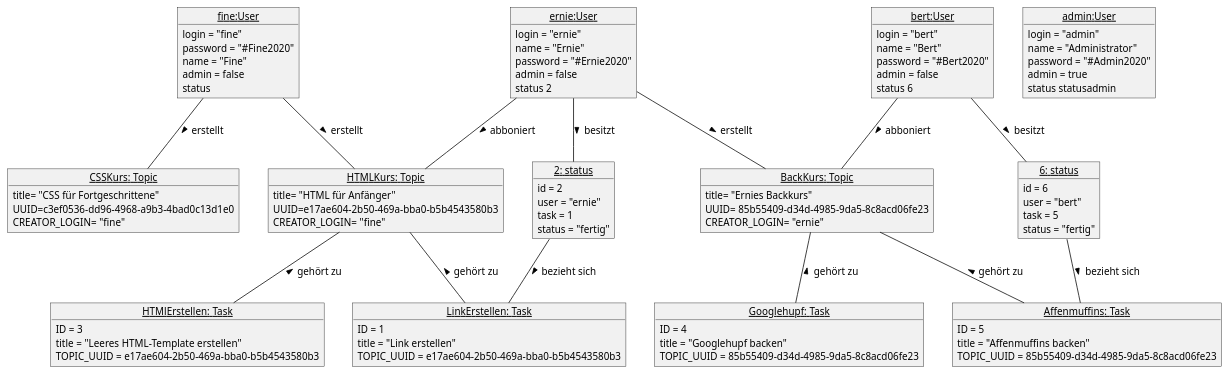
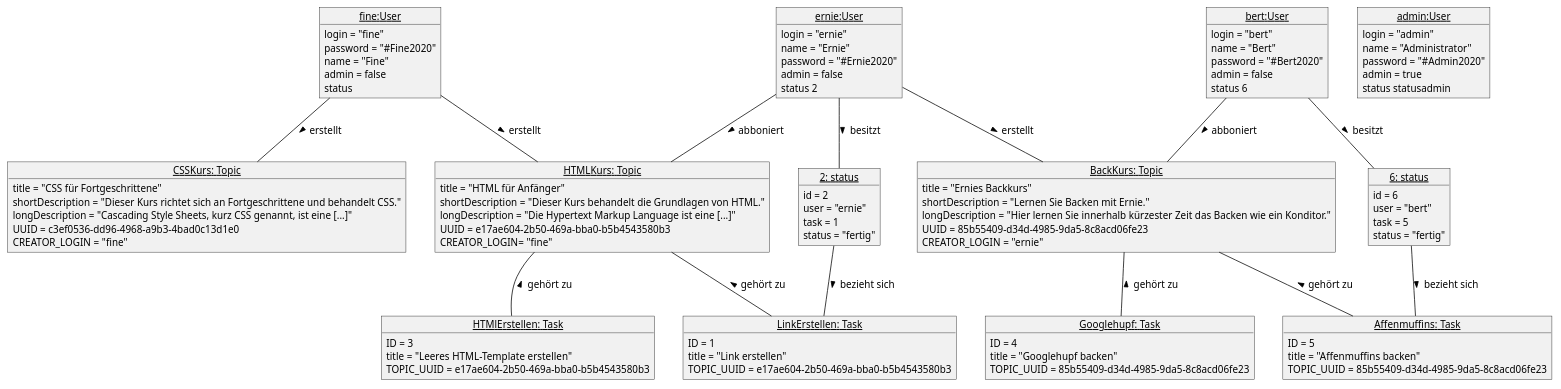
One commit to SimonHirner/agenda20 changed the diagram in doku/Objektmodell.plantuml. Above: the diagram before and after it, drawn with PlantUML. The commit also changed 15 other files, not shown here.

Commit message:
AG-20: Kurz- und Langbeschreibung für Topics hinzugefügt.

```diff
--- a/doku/Objektmodell.plantuml
+++ b/doku/Objektmodell.plantuml
@@ -1,117 +1,123 @@
 @startuml
 
 ' Layout
 skinparam classAttributeIconSize 0
 skinparam monochrome true
 skinparam shadowing false
 skinparam DefaultFontName arial
 skinparam DefaultFontSize 12
 skinparam ClassFontStyle bold
 
 'User
 object "<u>fine:User</u>" as fine{
     login = "fine"
     password = "#Fine2020"
     name = "Fine"
     admin = false
     status
 }
 object "<u>ernie:User</u>" as ernie{
     login = "ernie"
     name = "Ernie"
     password = "#Ernie2020"
     admin = false
     status 2
 }
 object "<u>bert:User</u>" as bert{
     login = "bert"
     name = "Bert"
     password = "#Bert2020"
     admin = false
     status 6
 }
 object "<u>admin:User</u>" as admin{
     login = "admin"
     name = "Administrator"
     password = "#Admin2020"
     admin = true
     status statusadmin
 }
 
 'Topics
 object "<u>HTMLKurs: Topic</u>" as HTMLKurs{
-    title= "HTML für Anfänger"
-    UUID=e17ae604-2b50-469a-bba0-b5b4543580b3
+    title = "HTML für Anfänger"
+    shortDescription = "Dieser Kurs behandelt die Grundlagen von HTML."
+    longDescription = "Die Hypertext Markup Language ist eine [...]"
+    UUID = e17ae604-2b50-469a-bba0-b5b4543580b3
     CREATOR_LOGIN= "fine"
 
 }
 object "<u>CSSKurs: Topic</u>" as CSSKurs{
-    title= "CSS für Fortgeschrittene"
-    UUID=c3ef0536-dd96-4968-a9b3-4bad0c13d1e0
-    CREATOR_LOGIN= "fine"
+    title = "CSS für Fortgeschrittene"
+    shortDescription = "Dieser Kurs richtet sich an Fortgeschrittene und behandelt CSS."
+    longDescription = "Cascading Style Sheets, kurz CSS genannt, ist eine [...]"
+    UUID = c3ef0536-dd96-4968-a9b3-4bad0c13d1e0
+    CREATOR_LOGIN = "fine"
 }
 object "<u>BackKurs: Topic</u>" as BackKurs{
-    title= "Ernies Backkurs"
-    UUID= 85b55409-d34d-4985-9da5-8c8acd06fe23
-    CREATOR_LOGIN= "ernie"
+    title = "Ernies Backkurs"
+    shortDescription = "Lernen Sie Backen mit Ernie."
+    longDescription = "Hier lernen Sie innerhalb kürzester Zeit das Backen wie ein Konditor."
+    UUID = 85b55409-d34d-4985-9da5-8c8acd06fe23
+    CREATOR_LOGIN = "ernie"
 }
 
 'Tasks
 object "<u>LinkErstellen: Task</u>" as LinkErstellen {
     ID = 1
     title = "Link erstellen"
     TOPIC_UUID = e17ae604-2b50-469a-bba0-b5b4543580b3
 }
 object "<u>HTMlErstellen: Task</u>" as HTMlErstellen {
     ID = 3
     title = "Leeres HTML-Template erstellen"
     TOPIC_UUID = e17ae604-2b50-469a-bba0-b5b4543580b3
 }
 object "<u>Googlehupf: Task</u>" as Googlehupf {
     ID = 4
     title = "Googlehupf backen"
     TOPIC_UUID = 85b55409-d34d-4985-9da5-8c8acd06fe23
 }
 object "<u>Affenmuffins: Task</u>" as Affenmuffins {
     ID = 5
     title = "Affenmuffins backen"
     TOPIC_UUID = 85b55409-d34d-4985-9da5-8c8acd06fe23
 }
 
 'status
 object "<u>2: status</u>" as 2{
 	id = 2
 	user = "ernie"
 	task = 1
 	status = "fertig"
 }
 
 object "<u>6: status</u>" as 6{
 	id = 6
 	user = "bert"
 	task = 5
 	status = "fertig"
 }
 
 'Assoziationen
 fine -- HTMLKurs :> erstellt
 fine -- CSSKurs :> erstellt
 ernie -- BackKurs :> erstellt
 
 ernie -- 2 :> besitzt
 bert -- 6 :> besitzt
 
 ernie -- HTMLKurs :> abboniert
 bert -- BackKurs :> abboniert
 
 HTMLKurs -- LinkErstellen :< gehört zu
 HTMLKurs -- HTMlErstellen :< gehört zu
 
 6 -- Affenmuffins :> bezieht sich
 2 -- LinkErstellen :> bezieht sich
 
 BackKurs -- Googlehupf :< gehört zu
 BackKurs -- Affenmuffins :< gehört zu
 
 
 @enduml
```
